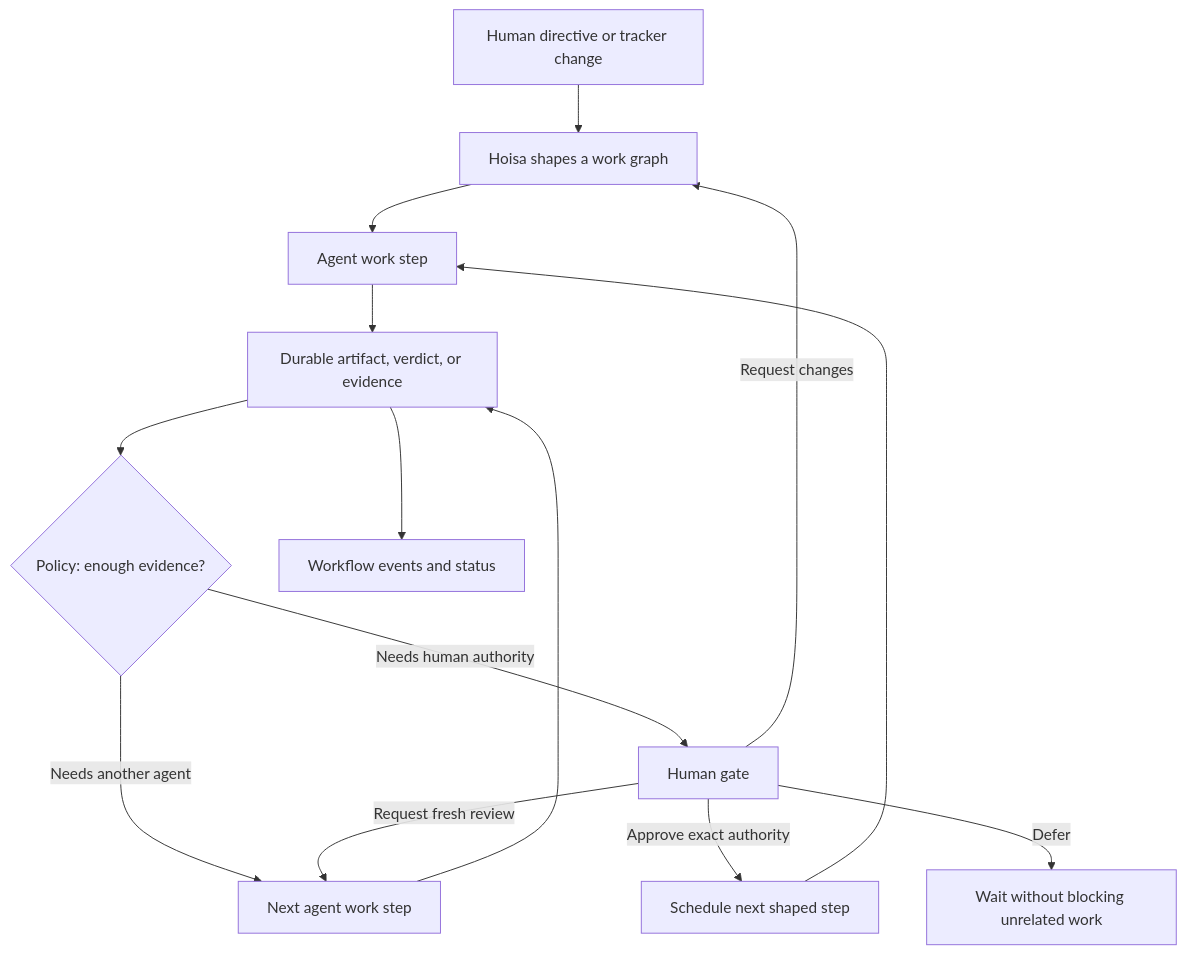
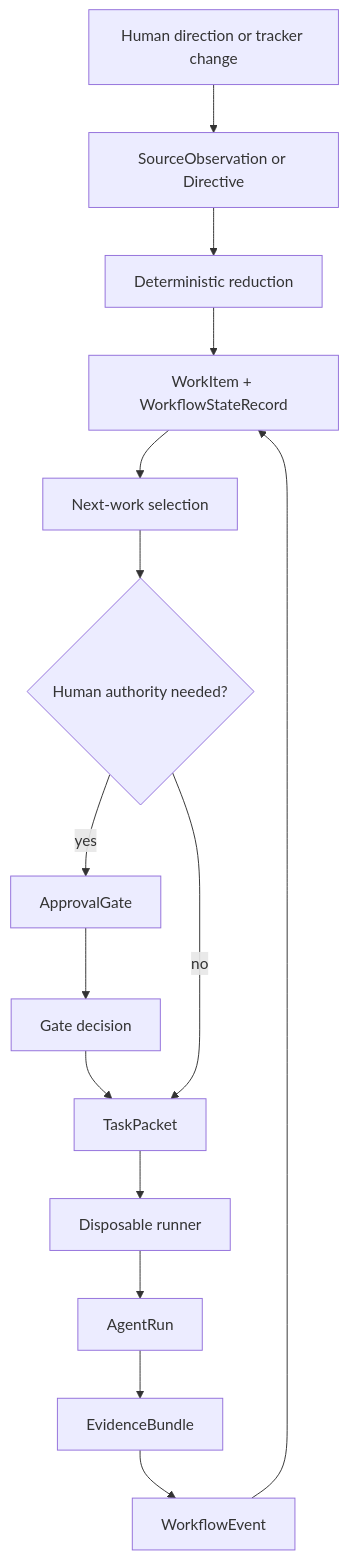
One commit to oryacobi/Hoisa changed the diagram in docs/current-state-and-useful-roadmap.md. Above: the diagram before and after it, drawn with Mermaid. The commit also changed other lines of this file, not shown here.

Commit message:
Rewrite current state roadmap

````diff
--- a/docs/current-state-and-useful-roadmap.md
+++ b/docs/current-state-and-useful-roadmap.md
@@ -436,16 +85,17 @@
 ```mermaid
 flowchart TD
-    A["Human directive or tracker change"] --> B["Hoisa shapes a work graph"]
-    B --> C["Agent work step"]
-    C --> D["Durable artifact, verdict, or evidence"]
-    D --> E{"Policy: enough evidence?"}
-    E -->|Needs another agent| F["Next agent work step"]
-    F --> D
-    E -->|Needs human authority| G["Human gate"]
-    G -->|Approve exact authority| H["Schedule next shaped step"]
-    G -->|Request changes| B
-    G -->|Request fresh review| F
-    G -->|Defer| I["Wait without blocking unrelated work"]
-    H --> C
-    D --> J["Workflow events and status"]
+    Direction["Human direction or tracker change"] --> Observation["SourceObservation or Directive"]
+    Observation --> Reduction["Deterministic reduction"]
+    Reduction --> WorkState["WorkItem + WorkflowStateRecord"]
+    WorkState --> Selection["Next-work selection"]
+    Selection --> Gate{"Human authority needed?"}
+    Gate -->|yes| ApprovalGate["ApprovalGate"]
+    ApprovalGate --> Decision["Gate decision"]
+    Decision --> Packet["TaskPacket"]
+    Gate -->|no| Packet
+    Packet --> Runner["Disposable runner"]
+    Runner --> Run["AgentRun"]
+    Run --> Evidence["EvidenceBundle"]
+    Evidence --> Event["WorkflowEvent"]
+    Event --> WorkState
 ```
````
